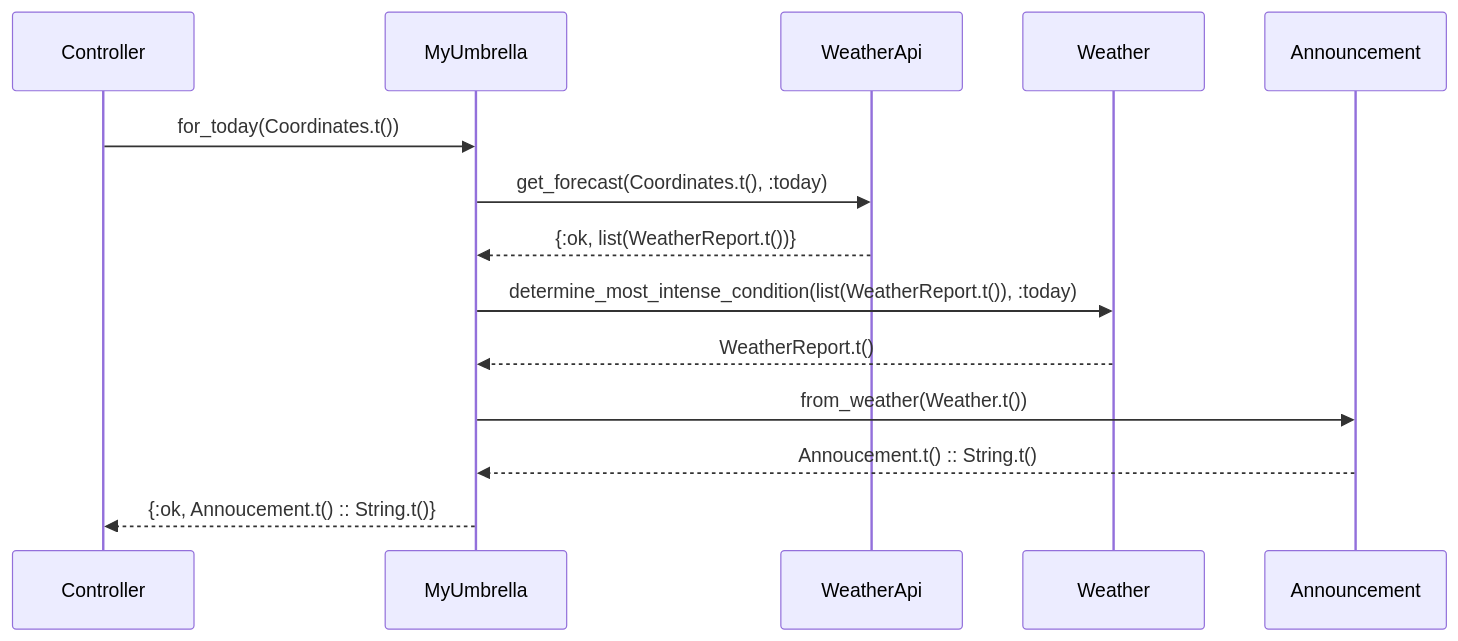
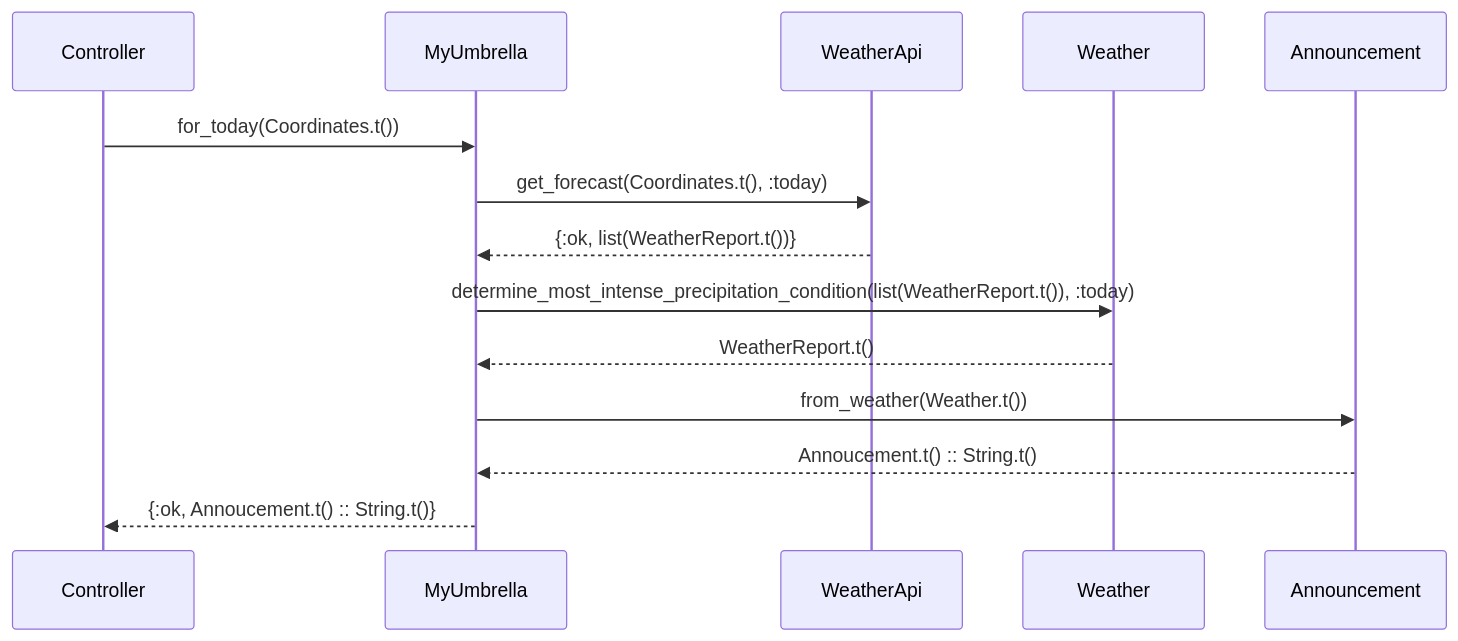
One commit to nicholasjhenry/my-umbrella changed the diagram in README.md. Above: the diagram before and after it, drawn with Mermaid.

Commit message:
Update sequence diagram

````diff
--- a/README.md
+++ b/README.md
@@ -23,11 +23,11 @@
 ```mermaid
 sequenceDiagram
     Controller->>MyUmbrella: for_today(Coordinates.t())
     MyUmbrella->>WeatherApi: get_forecast(Coordinates.t(), :today)
     WeatherApi-->>MyUmbrella: {:ok, list(WeatherReport.t())}
-    MyUmbrella->>Weather: determine_most_intense_condition(list(WeatherReport.t()), :today)
+    MyUmbrella->>Weather: determine_most_intense_precipitation_condition(list(WeatherReport.t()), :today)
     Weather-->>MyUmbrella: WeatherReport.t()
     MyUmbrella->>Announcement: from_weather(Weather.t())
     Announcement-->>MyUmbrella: Annoucement.t() :: String.t()
     MyUmbrella-->>Controller: {:ok, Annoucement.t() :: String.t()}
 ```
````
